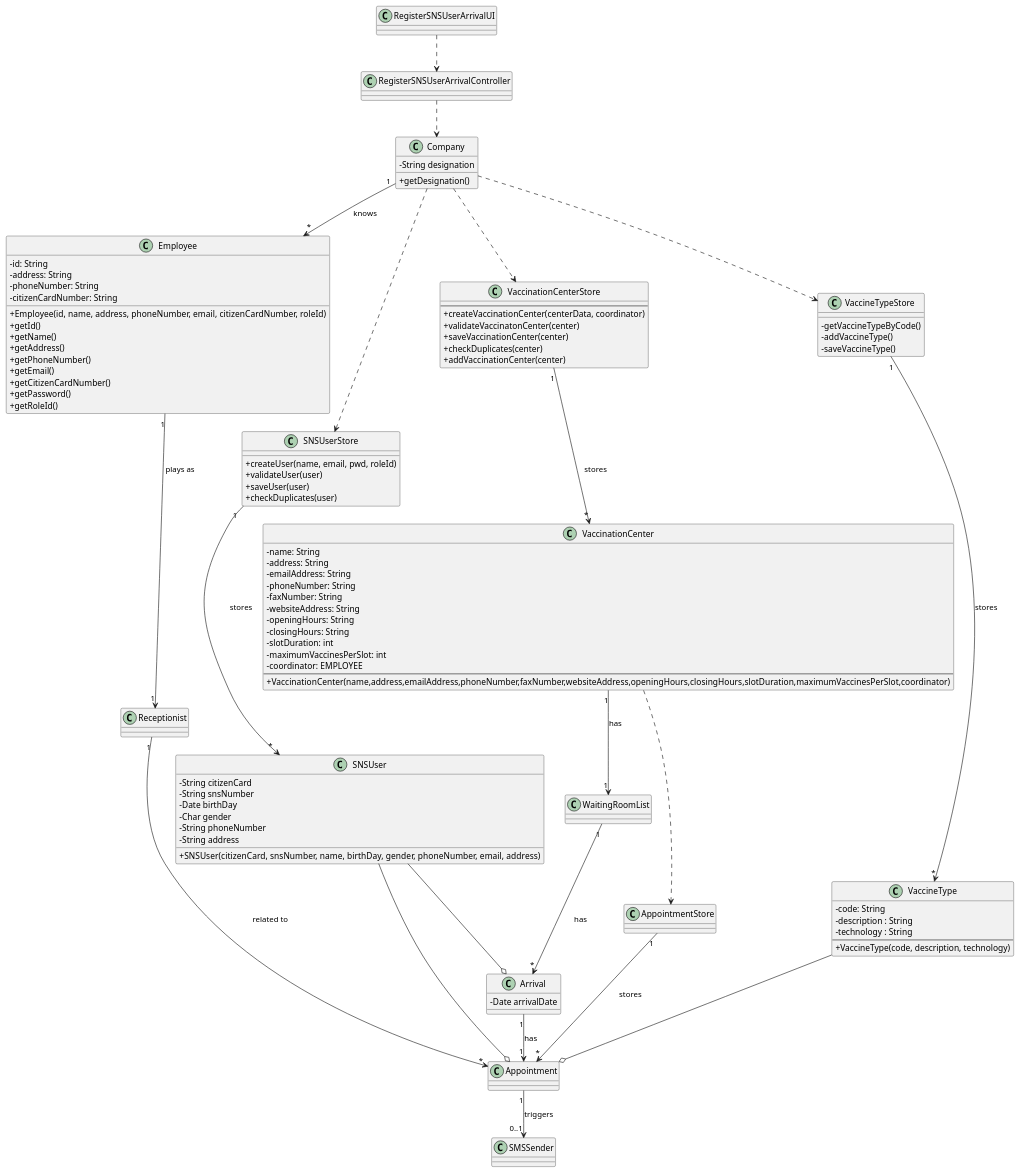
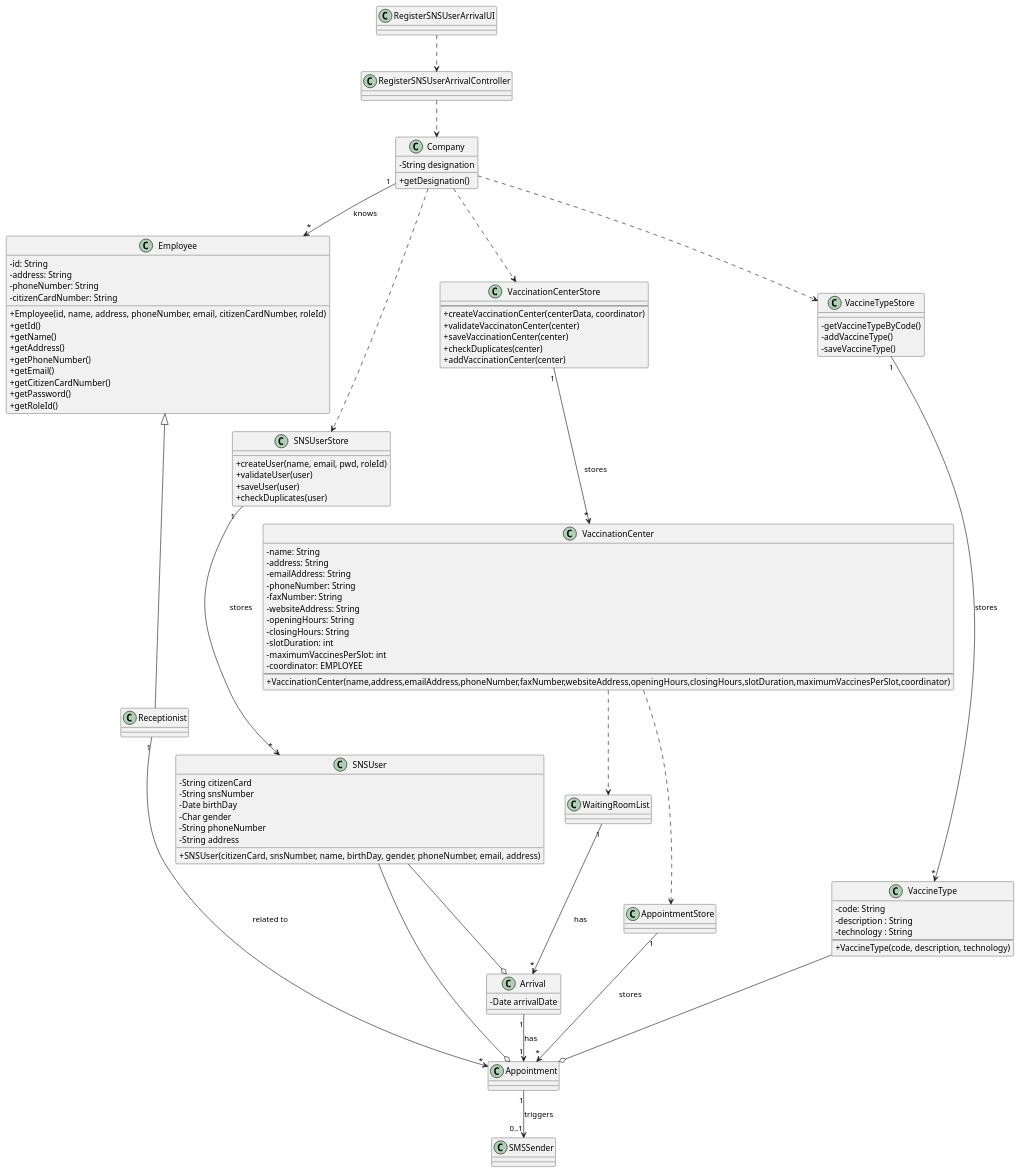
One commit to miseEnPlace-i/lapr2 changed the diagram in docs/SprintC/US04/CD/US04_CD.puml. Above: the diagram before and after it, drawn with PlantUML. The commit also changed 3 other files, not shown here.

```diff
--- a/docs/SprintC/US04/CD/US04_CD.puml
+++ b/docs/SprintC/US04/CD/US04_CD.puml
@@ -1,137 +1,137 @@
 @startuml US04_CD
 skinparam classAttributeIconSize 0
 
 class Appointment {}
 
 class AppointmentStore {}
 
 class Arrival {
   - Date arrivalDate
 }
 
 class Company {
   - String designation
   + getDesignation()
 }
 
 class Employee {
   - id: String
   - address: String
   - phoneNumber: String
   - citizenCardNumber: String
   + Employee(id, name, address, phoneNumber, email, citizenCardNumber, roleId)
   + getId()
   + getName()
   + getAddress()
   + getPhoneNumber()
   + getEmail()
   + getCitizenCardNumber()
   + getPassword()
   + getRoleId()
 }
 
 class RegisterSNSUserArrivalUI {}
 
 class RegisterSNSUserArrivalController {}
 
 class SNSUser {
   - String citizenCard
   - String snsNumber
   - Date birthDay
   - Char gender
   - String phoneNumber
   - String address
   + SNSUser(citizenCard, snsNumber, name, birthDay, gender, phoneNumber, email, address)
 }
 
 class SNSUserStore {
   + createUser(name, email, pwd, roleId)
   + validateUser(user)
   + saveUser(user)
   + checkDuplicates(user)
 }
 
 
 class Receptionist {}
 
 
 class SMSSender {}
 
 class VaccinationCenter {
   - name: String
   - address: String
   - emailAddress: String
   - phoneNumber: String
   - faxNumber: String
   - websiteAddress: String
   - openingHours: String
   - closingHours: String
   - slotDuration: int
   - maximumVaccinesPerSlot: int
   - coordinator: EMPLOYEE
   ---
   + VaccinationCenter(name,address,emailAddress,phoneNumber,faxNumber,websiteAddress,openingHours,closingHours,slotDuration,maximumVaccinesPerSlot,coordinator)
 }
 
 class VaccinationCenterStore {
   ---
   + createVaccinationCenter(centerData, coordinator)
   + validateVaccinatonCenter(center)
   + saveVaccinationCenter(center)
   + checkDuplicates(center)
   + addVaccinationCenter(center)
 }
 
 class VaccineType {
   - code: String
   - description : String
   - technology : String
   ---
   + VaccineType(code, description, technology)
 }
 
 class VaccineTypeStore {
   - getVaccineTypeByCode()
   - addVaccineType()
   - saveVaccineType()
 }
 
 class WaitingRoomList {}
 
 
 Appointment "1" --> "0..1" SMSSender : triggers
 
 AppointmentStore "1" --> "*" Appointment : stores
 
 Arrival "1" --> "1" Appointment : has
 
 Company ..> SNSUserStore
 Company ..> VaccinationCenterStore
 Company ..> VaccineTypeStore
 Company "1" --> "*" Employee : knows
 
-Employee "1" --> "1" Receptionist : plays as
+Employee <|-- Receptionist
 
 Receptionist "1" --> "*" Appointment : related to
 
 RegisterSNSUserArrivalController ..> Company
 
 RegisterSNSUserArrivalUI ..> RegisterSNSUserArrivalController
 
 SNSUser --o Arrival
 SNSUser --o Appointment
 
 SNSUserStore "1" --> "*" SNSUser : stores
 
-VaccinationCenter "1" --> "1" WaitingRoomList : has
+VaccinationCenter ..> WaitingRoomList
 VaccinationCenter ..> AppointmentStore
 
 VaccinationCenterStore "1" --> "*" VaccinationCenter : stores
 
 VaccineType --o Appointment
 
 VaccineTypeStore "1" --> "*" VaccineType : stores
 
 WaitingRoomList "1" --> "*" Arrival : has
 
 @enduml
```
